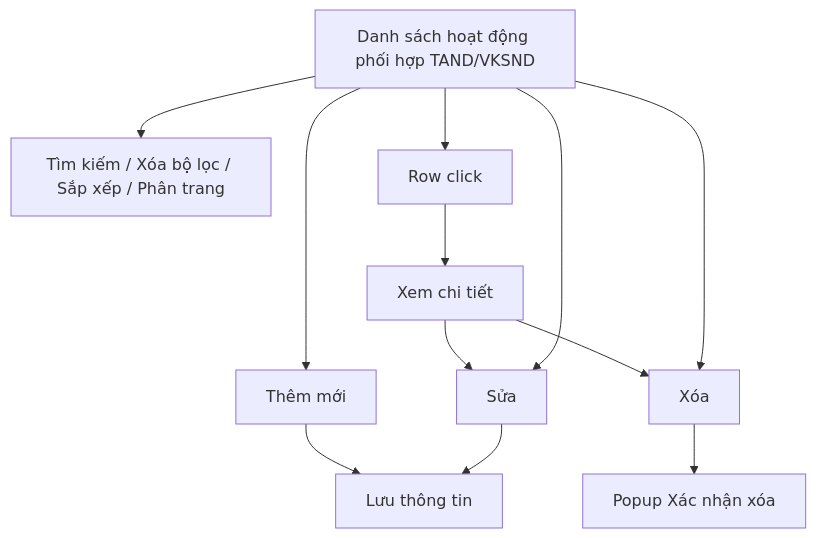
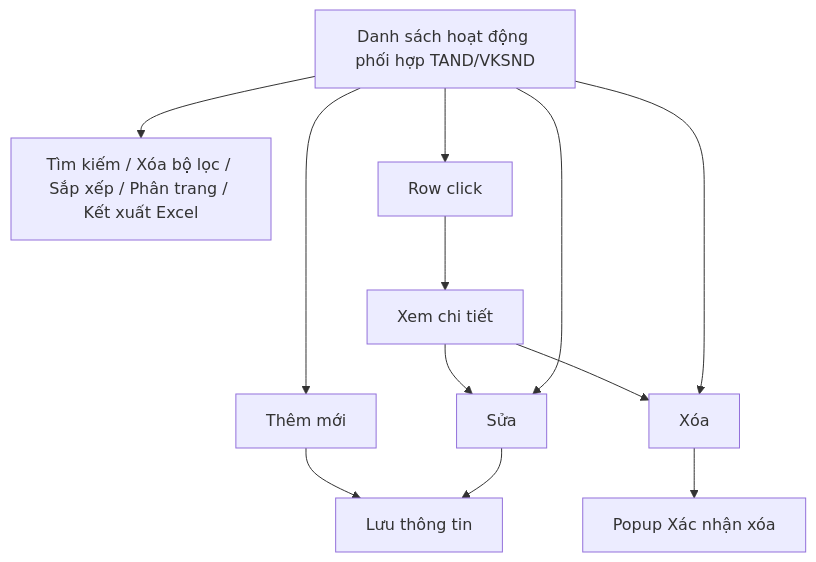
Before and after one commit to huyendt2007/BPBD_UI: the diagram in Tai_lieu_SRS/03_Website_Quan_tri/03_Cong_tac_boi_thuong/SRS_BTNN_BTP_PhoiHop_TAND_VKSND.md, drawn with Mermaid. The commit also changed other lines of this file and 155 other files, not shown here.

First line of the commit message:
feat(btnn): Kết xuất Excel 16 module, Tài liệu đính kèm, Bị trả lại, E-Form DVC

````diff
--- a/Tai_lieu_SRS/03_Website_Quan_tri/03_Cong_tac_boi_thuong/SRS_BTNN_BTP_PhoiHop_TAND_VKSND.md
+++ b/Tai_lieu_SRS/03_Website_Quan_tri/03_Cong_tac_boi_thuong/SRS_BTNN_BTP_PhoiHop_TAND_VKSND.md
@@ -23,10 +23,10 @@
 ```mermaid
 flowchart TD
-    A[Danh sách hoạt động phối hợp TAND/VKSND] --> B[Tìm kiếm / Xóa bộ lọc / Sắp xếp / Phân trang]
+    A[Danh sách hoạt động phối hợp TAND/VKSND] --> B[Tìm kiếm / Xóa bộ lọc / Sắp xếp / Phân trang / Kết xuất Excel]
     A --> G[Row click] --> K[Xem chi tiết]
     K --> E
     K --> F
     A --> C[Thêm mới] --> D[Lưu thông tin]
     A --> E[Sửa] --> D
     A --> F[Xóa] --> X[Popup Xác nhận xóa]
 ```
````
